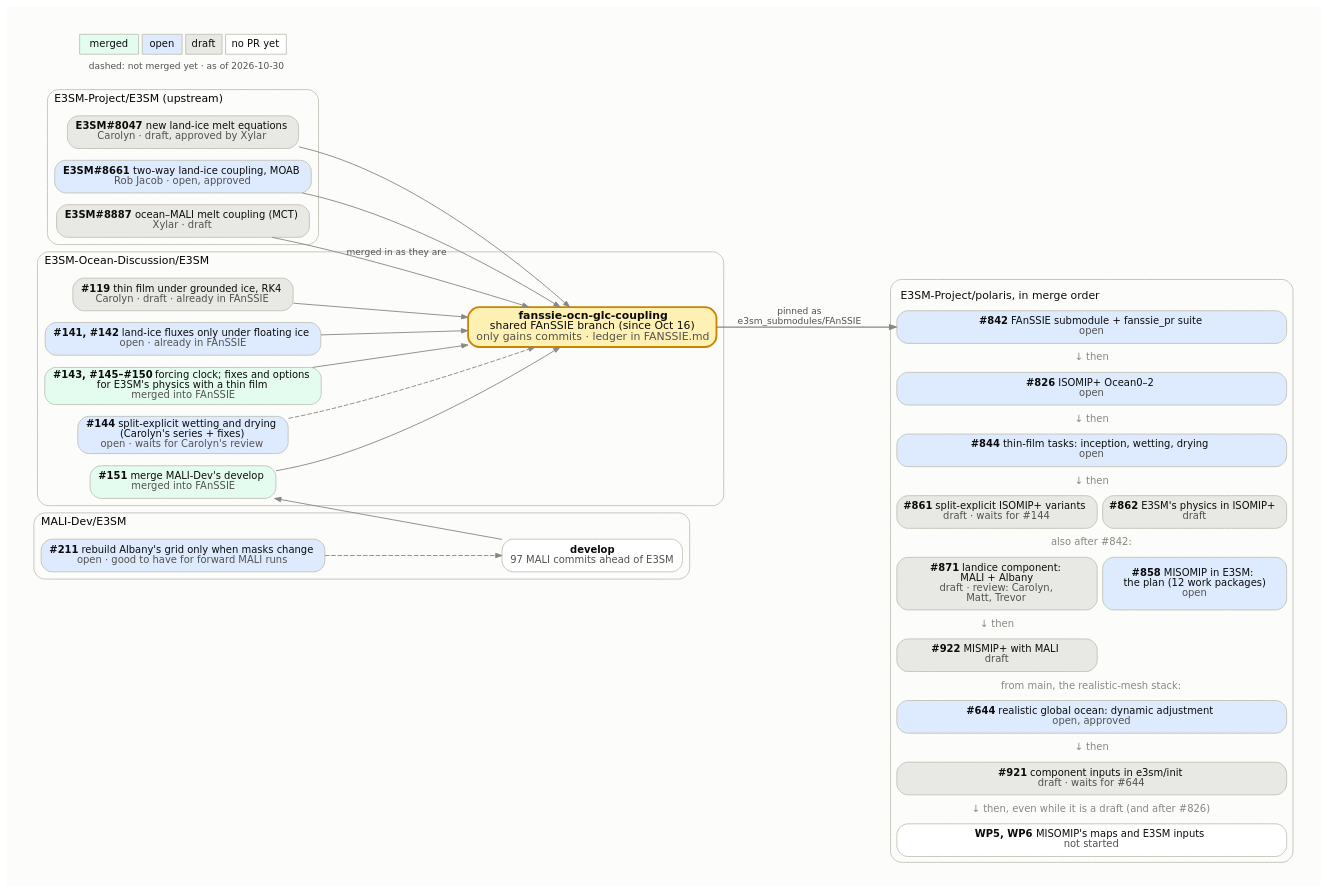
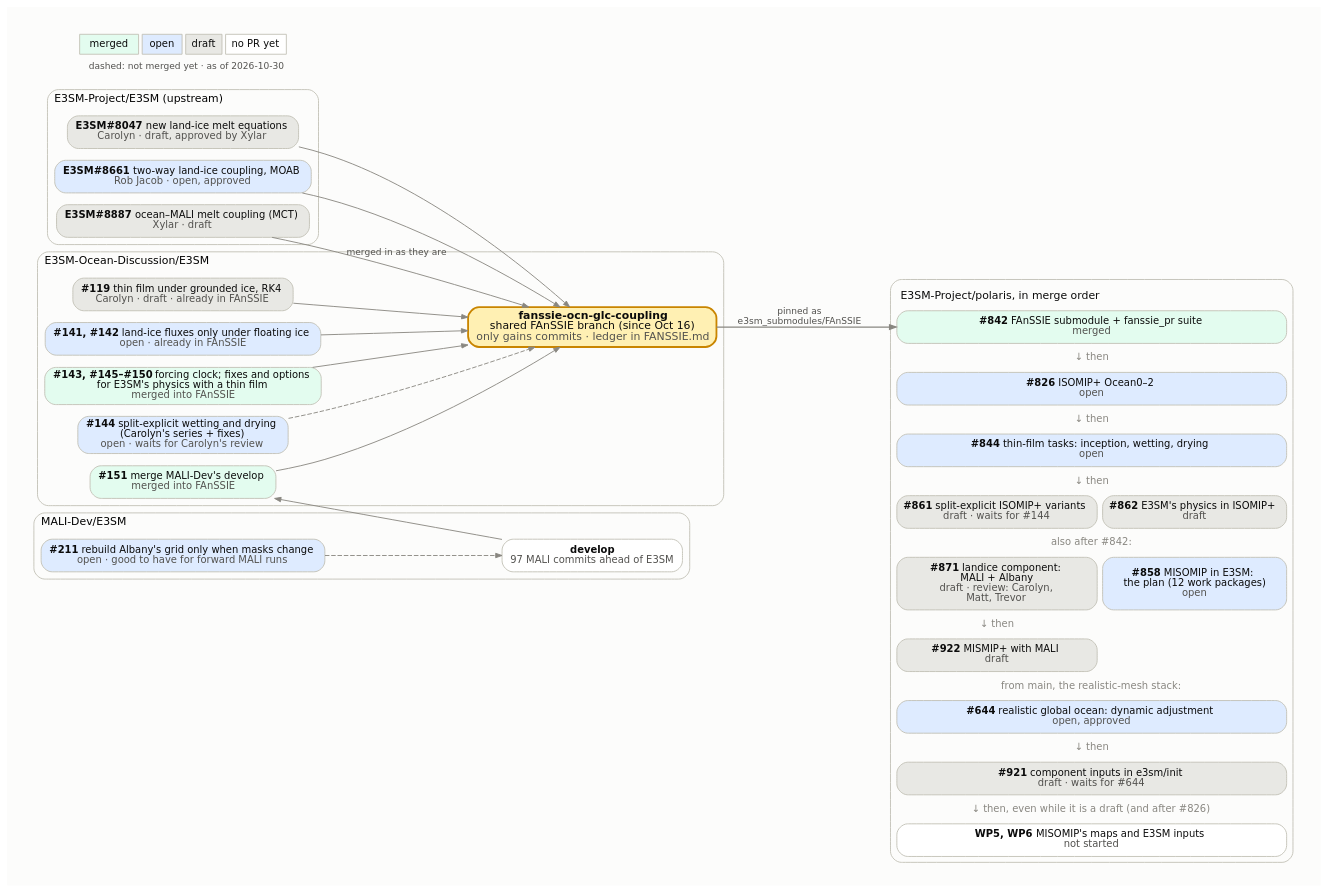
The diagram in docs/design_docs/misomip/code_flow.dot (E3SM-Project/polaris), drawn with Graphviz before and after one commit. The commit also changed 3 other files, not shown here.

```diff
--- a/docs/design_docs/misomip/code_flow.dot
+++ b/docs/design_docs/misomip/code_flow.dot
@@ -1,95 +1,95 @@
 // How the upstream E3SM PRs, the E3SM-Ocean-Discussion PRs, the
 // fanssie-ocn-glc-coupling branch and the Polaris PRs fit together.
 //
 // Regenerate with Graphviz 14 (Chrysalis's /usr/bin/dot 2.40 lays it out
 // wider), with the text drawn as paths so it looks the same everywhere:
 //
 //     pixi exec -s graphviz dot -Tsvg:cairo code_flow.dot -o code_flow.svg
 //
 // Fill by state: merged #e3fcef, open #deebff, draft #e8e8e4, no PR yet
 // #ffffff. Dashed edges into the FAnSSIE branch mark PRs not merged into it
 // yet. The Polaris side is one HTML-table node, in merge order, because
 // Graphviz would not keep separate boxes in that order. Update the date in
 // the legend.
 digraph fanssie {
   rankdir=LR;
   bgcolor="#fcfcfb";
   pad=0.3;
   nodesep=0.18;
   ranksep=0.7;
   fontname="DejaVu Sans";
   node [shape=box, style="rounded,filled", fontname="DejaVu Sans",
         fontsize=11, color="#c3c2b7", fontcolor="#0b0b0b", penwidth=1,
         margin="0.12,0.06"];
   edge [color="#898781", arrowsize=0.7, fontname="DejaVu Sans",
         fontsize=10, fontcolor="#52514e"];
 
   subgraph cluster_upstream {
     label="E3SM-Project/E3SM (upstream)";
     labeljust=l; fontsize=12; color="#c3c2b7"; style="rounded";
     e8047 [label=<<b>E3SM#8047</b>  new land-ice melt equations<br/><font color="#52514e">Carolyn · draft, approved by Xylar</font>>, fillcolor="#e8e8e4"];
     e8661 [label=<<b>E3SM#8661</b>  two-way land-ice coupling, MOAB<br/><font color="#52514e">Rob Jacob · open, approved</font>>, fillcolor="#deebff"];
     e8887 [label=<<b>E3SM#8887</b>  ocean–MALI melt coupling (MCT)<br/><font color="#52514e">Xylar · draft</font>>, fillcolor="#e8e8e4"];
   }
 
   subgraph cluster_malidev {
     label="MALI-Dev/E3SM";
     labeljust=l; fontsize=12; color="#c3c2b7"; style="rounded";
     malidev [label=<<b>develop</b><br/><font color="#52514e">97 MALI commits ahead of E3SM</font>>, fillcolor="#ffffff"];
     m211 [label=<<b>#211</b>  rebuild Albany's grid only when masks change<br/><font color="#52514e">open · good to have for forward MALI runs</font>>, fillcolor="#deebff"];
   }
 
   subgraph cluster_eod {
     label="E3SM-Ocean-Discussion/E3SM";
     labeljust=l; fontsize=12; color="#c3c2b7"; style="rounded";
     d119 [label=<<b>#119</b>  thin film under grounded ice, RK4<br/><font color="#52514e">Carolyn · draft · already in FAnSSIE</font>>, fillcolor="#e8e8e4"];
     d141 [label=<<b>#141, #142</b>  land-ice fluxes only under floating ice<br/><font color="#52514e">open · already in FAnSSIE</font>>, fillcolor="#deebff"];
     d143 [label=<<b>#143, #145–#150</b>  forcing clock; fixes and options<br/>for E3SM's physics with a thin film<br/><font color="#52514e">merged into FAnSSIE</font>>, fillcolor="#e3fcef"];
     d144 [label=<<b>#144</b>  split-explicit wetting and drying<br/>(Carolyn's series + fixes)<br/><font color="#52514e">open · waits for Carolyn's review</font>>, fillcolor="#deebff"];
     d151 [label=<<b>#151</b>  merge MALI-Dev's develop<br/><font color="#52514e">merged into FAnSSIE</font>>, fillcolor="#e3fcef"];
     fanssie [label=<<b>fanssie-ocn-glc-coupling</b><br/>shared FAnSSIE branch (since Oct 16)<br/><font color="#52514e">only gains commits · ledger in FANSSIE.md</font>>,
              fillcolor="#fff0b3", penwidth=2, color="#c98500", fontsize=12];
   }
 
   polaris [shape=plaintext, style="", label=<
     <table border="1" color="#c3c2b7" style="rounded" cellborder="1" cellspacing="6" cellpadding="4" bgcolor="#fcfcfb">
       <tr><td border="0" colspan="2" align="left"><font point-size="12">E3SM-Project/polaris, in merge order</font></td></tr>
-      <tr><td port="p842" bgcolor="#deebff" colspan="2" style="rounded" cellpadding="6"><b>#842</b>  FAnSSIE submodule + fanssie_pr suite<br/><font color="#52514e">open</font></td></tr>
+      <tr><td port="p842" bgcolor="#e3fcef" colspan="2" style="rounded" cellpadding="6"><b>#842</b>  FAnSSIE submodule + fanssie_pr suite<br/><font color="#52514e">merged</font></td></tr>
       <tr><td border="0" colspan="2"><font color="#898781">↓ then</font></td></tr>
       <tr><td port="p826" bgcolor="#deebff" colspan="2" style="rounded" cellpadding="6"><b>#826</b>  ISOMIP+ Ocean0–2<br/><font color="#52514e">open</font></td></tr>
       <tr><td border="0" colspan="2"><font color="#898781">↓ then</font></td></tr>
       <tr><td port="p844" bgcolor="#deebff" colspan="2" style="rounded" cellpadding="6"><b>#844</b>  thin-film tasks: inception, wetting, drying<br/><font color="#52514e">open</font></td></tr>
       <tr><td border="0" colspan="2"><font color="#898781">↓ then</font></td></tr>
       <tr><td port="p861" bgcolor="#e8e8e4" colspan="1" style="rounded" cellpadding="6"><b>#861</b>  split-explicit ISOMIP+ variants<br/><font color="#52514e">draft · waits for #144</font></td><td port="p862" bgcolor="#e8e8e4" colspan="1" style="rounded" cellpadding="6"><b>#862</b>  E3SM's physics in ISOMIP+<br/><font color="#52514e">draft</font></td></tr>
       <tr><td border="0" colspan="2"><font color="#898781">also after #842:</font></td></tr>
       <tr><td port="p871" bgcolor="#e8e8e4" colspan="1" style="rounded" cellpadding="6"><b>#871</b>  landice component:<br/>MALI + Albany<br/><font color="#52514e">draft · review: Carolyn,<br/>Matt, Trevor</font></td><td port="p858" bgcolor="#deebff" colspan="1" style="rounded" cellpadding="6"><b>#858</b>  MISOMIP in E3SM:<br/>the plan (12 work packages)<br/><font color="#52514e">open</font></td></tr>
       <tr><td border="0" colspan="1"><font color="#898781">↓ then</font></td><td border="0" colspan="1"></td></tr>
       <tr><td port="p922" bgcolor="#e8e8e4" colspan="1" style="rounded" cellpadding="6"><b>#922</b>  MISMIP+ with MALI<br/><font color="#52514e">draft</font></td><td border="0" colspan="1"></td></tr>
       <tr><td border="0" colspan="2"><font color="#898781">from main, the realistic-mesh stack:</font></td></tr>
       <tr><td port="p644" bgcolor="#deebff" colspan="2" style="rounded" cellpadding="6"><b>#644</b>  realistic global ocean: dynamic adjustment<br/><font color="#52514e">open, approved</font></td></tr>
       <tr><td border="0" colspan="2"><font color="#898781">↓ then</font></td></tr>
       <tr><td port="p921" bgcolor="#e8e8e4" colspan="2" style="rounded" cellpadding="6"><b>#921</b>  component inputs in e3sm/init<br/><font color="#52514e">draft · waits for #644</font></td></tr>
       <tr><td border="0" colspan="2"><font color="#898781">↓ then, even while it is a draft (and after #826)</font></td></tr>
       <tr><td port="pwp56" bgcolor="#ffffff" colspan="2" style="rounded" cellpadding="6"><b>WP5, WP6</b>  MISOMIP's maps and E3SM inputs<br/><font color="#52514e">not started</font></td></tr>
     </table>>];
 
   e8047 -> fanssie;
   e8661 -> fanssie;
   e8887 -> fanssie [label="merged in as they are"];
   d119 -> fanssie;
   d141 -> fanssie;
   d143 -> fanssie;
   d144 -> fanssie [style=dashed];
   m211 -> malidev [style=dashed];
   malidev -> d151 [constraint=false];
   d151 -> fanssie;
 
   fanssie -> polaris:p842 [label="pinned as
 e3sm_submodules/FAnSSIE", penwidth=1.5];
 
   legend [shape=plaintext, style="", label=<
     <table border="0" cellborder="1" cellspacing="4" cellpadding="4" color="#c3c2b7">
       <tr><td bgcolor="#e3fcef">merged</td><td bgcolor="#deebff">open</td><td bgcolor="#e8e8e4">draft</td><td bgcolor="#ffffff">no PR yet</td></tr>
       <tr><td colspan="4" border="0"><font point-size="10" color="#52514e">dashed: not merged yet · as of 2026-10-30</font></td></tr>
     </table>>];
 }
```
